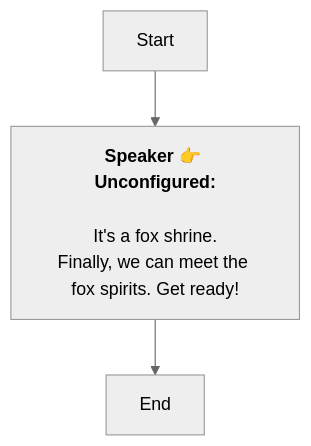
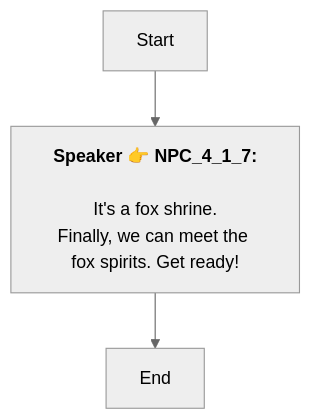
The diagram in En/QuestApproachDialogNode_1742098865445117.md (SoftHu/tos_avg), drawn with Mermaid (neutral theme) before and after one commit. The commit also changed 737 other files, not shown here.

````diff
--- a/En/QuestApproachDialogNode_1742098865445117.md
+++ b/En/QuestApproachDialogNode_1742098865445117.md
@@ -1,9 +1,8 @@
 ```mermaid
 graph
-Start -->1742098905540864[<b>Speaker 👉 Unconfigured:</b>
-
-It's a fox shrine.
+Start -->1742098905540864[<b>Speaker 👉 NPC_4_1_7:</b>
+\nIt's a fox shrine.
 Finally, we can meet the fox spirits. Get ready!]
 1742098905540864 -->1742098910049537[End]
 
- ```
+```
````
